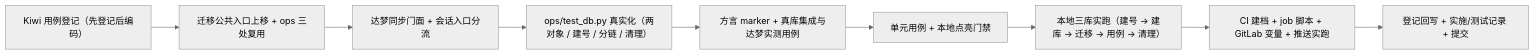
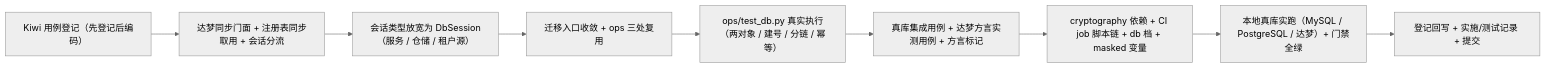
One commit to minjian123/basic-management-system changed the third of 3 diagrams in bms文档/项目/02_后端基座与服务化地基/任务/01_后端基座真实实现/01_后端基座真实实现_05_三库真库集成与达梦实测/设计/01_详细设计_05_三库真库集成与达梦实测.md. Above: the diagram before and after it, drawn with Mermaid (neutral theme). The commit also changed other lines of this file and 13 other files, not shown here.

````diff
--- a/bms文档/项目/02_后端基座与服务化地基/任务/01_后端基座真实实现/01_后端基座真实实现_05_三库真库集成与达梦实测/设计/01_详细设计_05_三库真库集成与达梦实测.md
+++ b/bms文档/项目/02_后端基座与服务化地基/任务/01_后端基座真实实现/01_后端基座真实实现_05_三库真库集成与达梦实测/设计/01_详细设计_05_三库真库集成与达梦实测.md
@@ -340,11 +257,11 @@
 ```mermaid
 flowchart LR
-    A["Kiwi 用例登记（先登记后编码）"] --> B["迁移公共入口上移 + ops 三处复用"]
-    B --> C["达梦同步门面 + 会话入口分流"]
-    C --> D["ops/test_db.py 真实化（两对象 / 建号 / 分链 / 清理）"]
-    D --> E["方言 marker + 真库集成与达梦实测用例"]
-    E --> F["单元用例 + 本地点亮门禁"]
-    F --> G["本地三库实跑（建号 → 建库 → 迁移 → 用例 → 清理）"]
-    G --> H["CI 建档 + job 脚本 + GitLab 变量 + 推送实跑"]
+    A["Kiwi 用例登记（先登记后编码）"] --> B["达梦同步门面 + 注册表同步取用 + 会话分流"]
+    B --> C["会话类型放宽为 DbSession（服务 / 仓储 / 租户源）"]
+    C --> D["迁移入口收敛 + ops 三处复用"]
+    D --> E["ops/test_db.py 真实执行（两对象 / 建号 / 分链 / 幂等）"]
+    E --> F["真库集成用例 + 达梦方言实测用例 + 方言标记"]
+    F --> G["cryptography 依赖 + CI job 脚本链 + db 档 + masked 变量"]
+    G --> H["本地真库实跑（MySQL / PostgreSQL / 达梦）+ 门禁全绿"]
     H --> I["登记回写 + 实施/测试记录 + 提交"]
 ```
````
